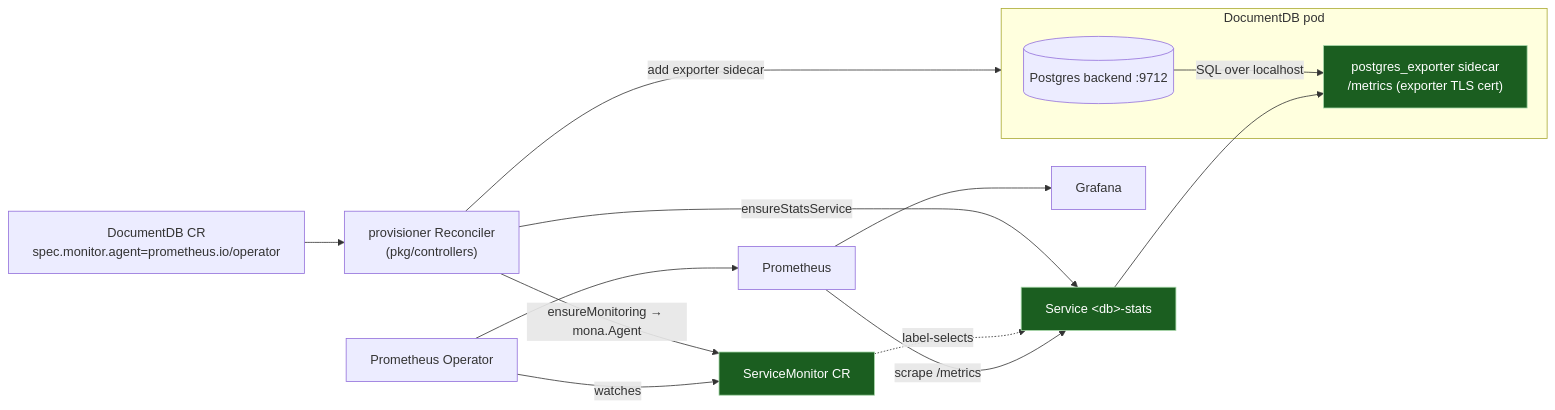
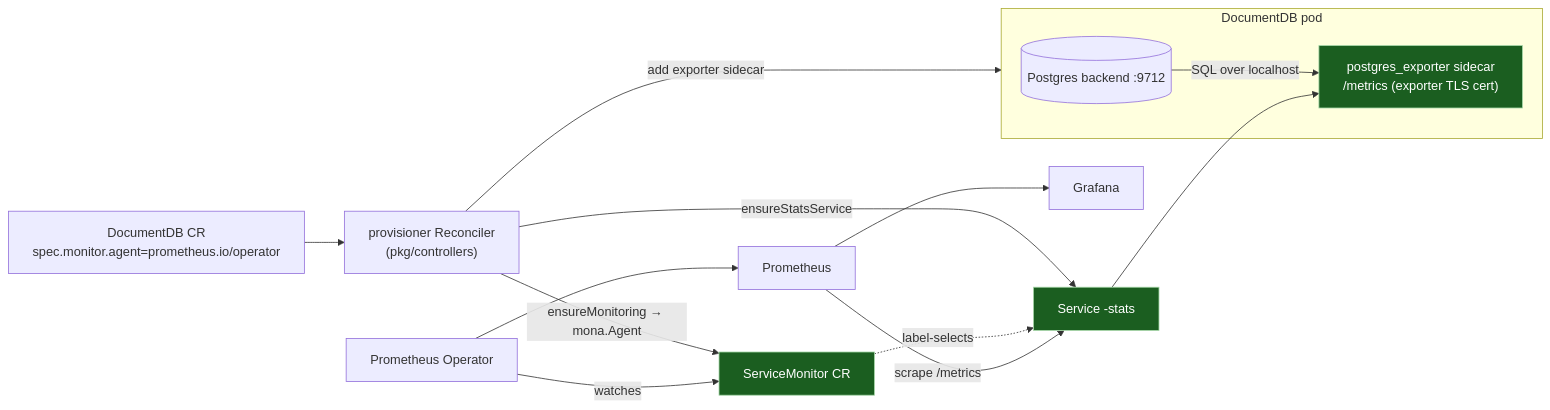
The second of 3 diagrams in dcdb-monitoring/README.md (Sabnaj-42/2nd-brain), drawn with Mermaid before and after one commit. The commit also changed other lines of this file and 46 other files, not shown here.

````diff
--- a/dcdb-monitoring/README.md
+++ b/dcdb-monitoring/README.md
@@ -105,23 +109,23 @@
 ```mermaid
 flowchart LR
   CR["DocumentDB CR<br/>spec.monitor.agent=prometheus.io/operator"] --> PROV["provisioner Reconciler<br/>(pkg/controllers)"]
   PROV -->|"add exporter sidecar"| POD
-  PROV -->|"ensureStatsService"| SVC["Service &lt;db&gt;-stats"]
+  PROV -->|"ensureStatsService"| SVC["Service <db>-stats"]
   PROV -->|"ensureMonitoring → mona.Agent"| SM["ServiceMonitor CR"]
 
   subgraph POD["DocumentDB pod"]
     PG[("Postgres backend :9712")]
     EXP["postgres_exporter sidecar<br/>/metrics (exporter TLS cert)"]
     PG -->|"SQL over localhost"| EXP
   end
 
   SVC --> EXP
   SM -. label-selects .-> SVC
   PO["Prometheus Operator"] -->|watches| SM
   PO --> PR["Prometheus"]
   PR -->|"scrape /metrics"| SVC
   PR --> GR["Grafana"]
 
   classDef n fill:#1b5e20,stroke:#a5d6a7,color:#fff
   class EXP,SVC,SM n
 ```
````
